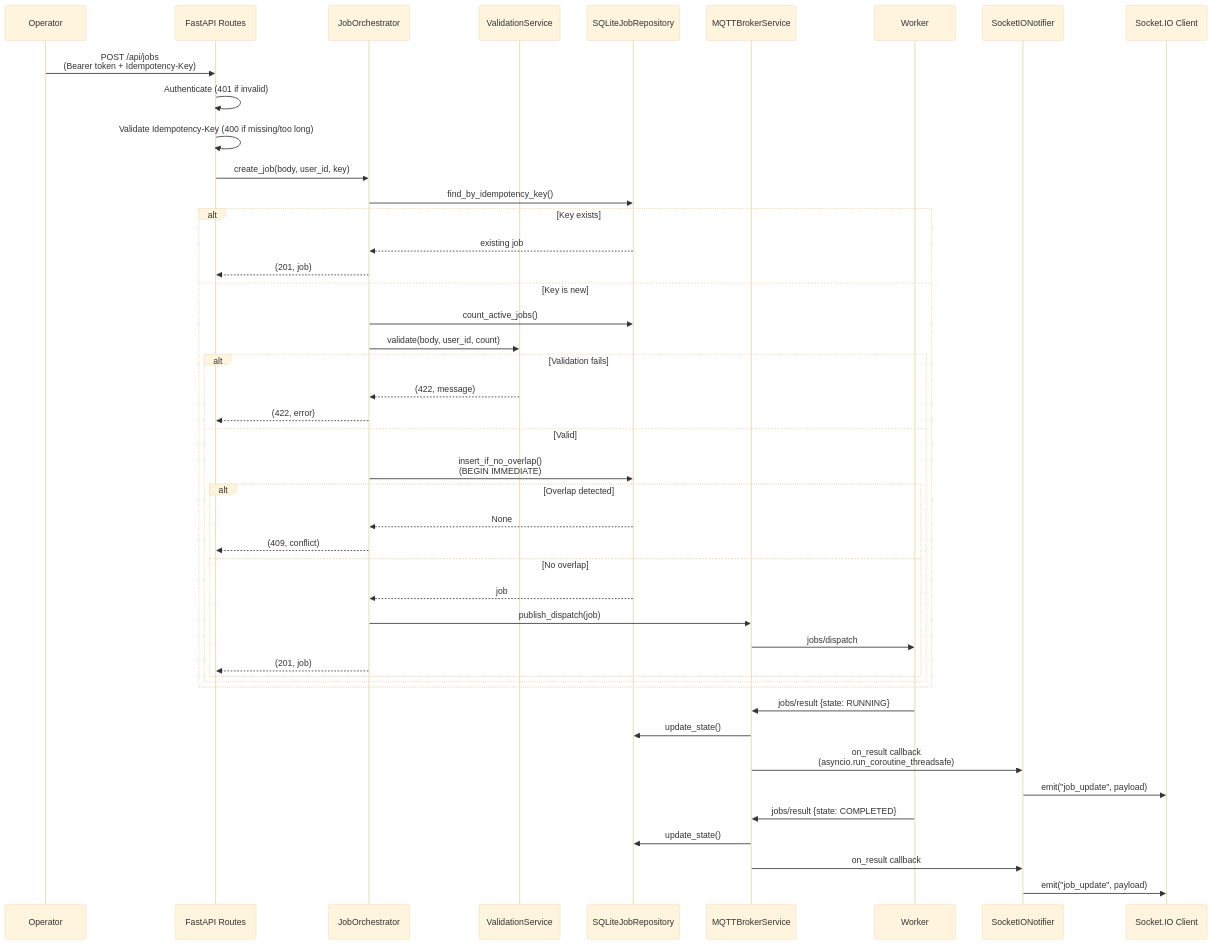
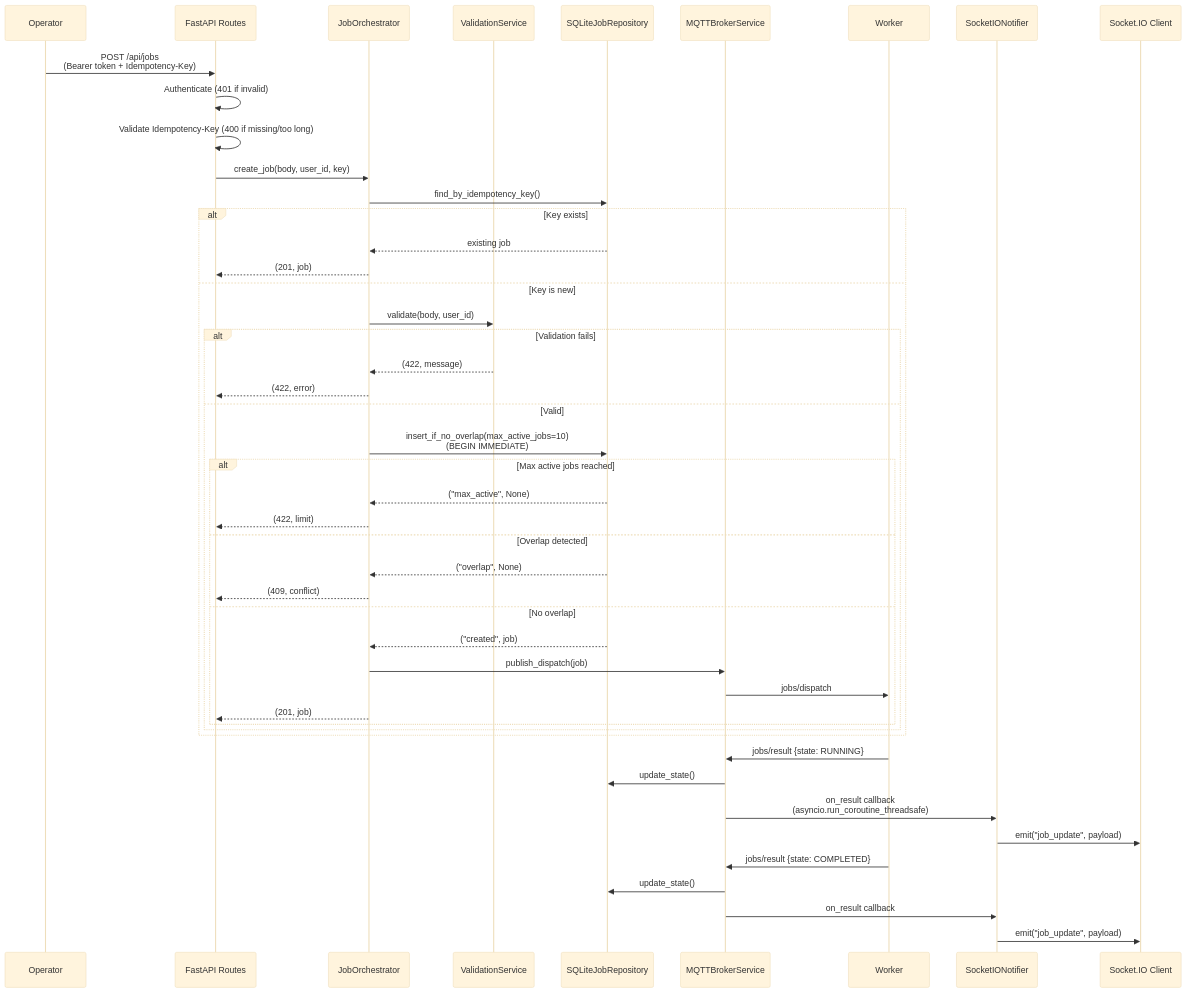
One commit to humzakt/KAD-Backend-Test-HumzaTareen changed the third of 5 diagrams in README.md. Above: the diagram before and after it, drawn with Mermaid (base theme). The commit also changed other lines of this file, not shown here.

````diff
--- a/README.md
+++ b/README.md
@@ -144,51 +144,53 @@
 ```mermaid
 sequenceDiagram
     participant C as Operator
     participant R as FastAPI Routes
     participant O as JobOrchestrator
     participant V as ValidationService
     participant DB as SQLiteJobRepository
     participant M as MQTTBrokerService
     participant W as Worker
     participant N as SocketIONotifier
     participant S as Socket.IO Client
 
     C->>R: POST /api/jobs<br/>(Bearer token + Idempotency-Key)
     R->>R: Authenticate (401 if invalid)
     R->>R: Validate Idempotency-Key (400 if missing/too long)
     R->>O: create_job(body, user_id, key)
 
     O->>DB: find_by_idempotency_key()
     alt Key exists
         DB-->>O: existing job
         O-->>R: (201, job)
     else Key is new
-        O->>DB: count_active_jobs()
-        O->>V: validate(body, user_id, count)
+        O->>V: validate(body, user_id)
         alt Validation fails
             V-->>O: (422, message)
             O-->>R: (422, error)
         else Valid
-            O->>DB: insert_if_no_overlap()<br/>(BEGIN IMMEDIATE)
-            alt Overlap detected
-                DB-->>O: None
+            O->>DB: insert_if_no_overlap(max_active_jobs=10)<br/>(BEGIN IMMEDIATE)
+            alt Max active jobs reached
+                DB-->>O: ("max_active", None)
+                O-->>R: (422, limit)
+            else Overlap detected
+                DB-->>O: ("overlap", None)
                 O-->>R: (409, conflict)
             else No overlap
-                DB-->>O: job
+                DB-->>O: ("created", job)
                 O->>M: publish_dispatch(job)
                 M->>W: jobs/dispatch
                 O-->>R: (201, job)
             end
         end
     end
 
     W->>M: jobs/result {state: RUNNING}
     M->>DB: update_state()
     M->>N: on_result callback<br/>(asyncio.run_coroutine_threadsafe)
     N->>S: emit("job_update", payload)
 
     W->>M: jobs/result {state: COMPLETED}
     M->>DB: update_state()
     M->>N: on_result callback
     N->>S: emit("job_update", payload)
 ```
````
